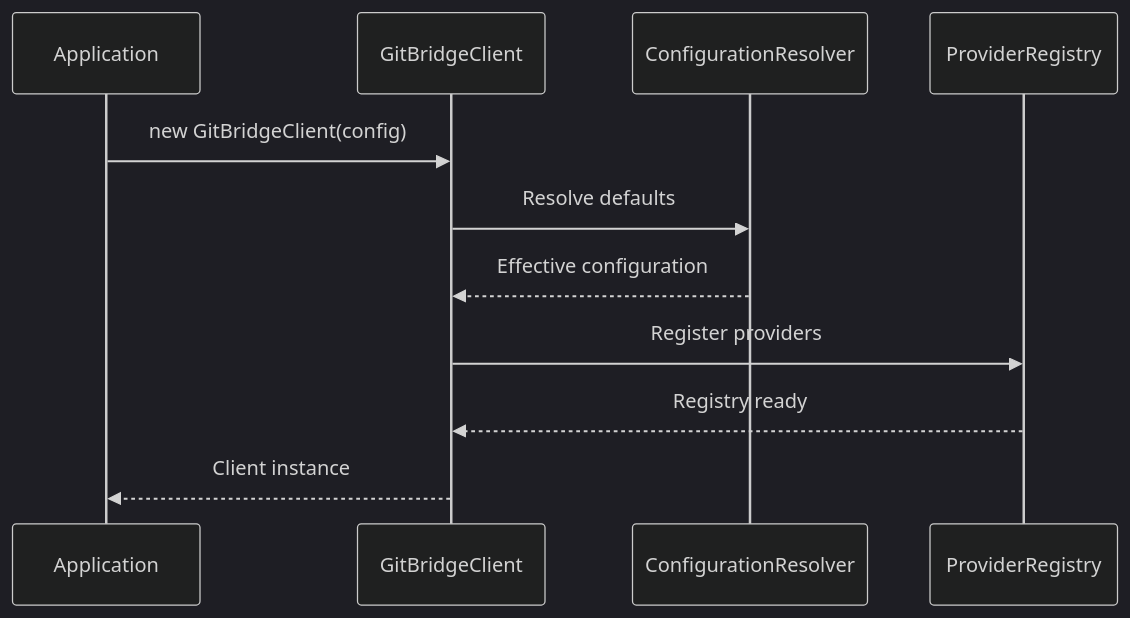
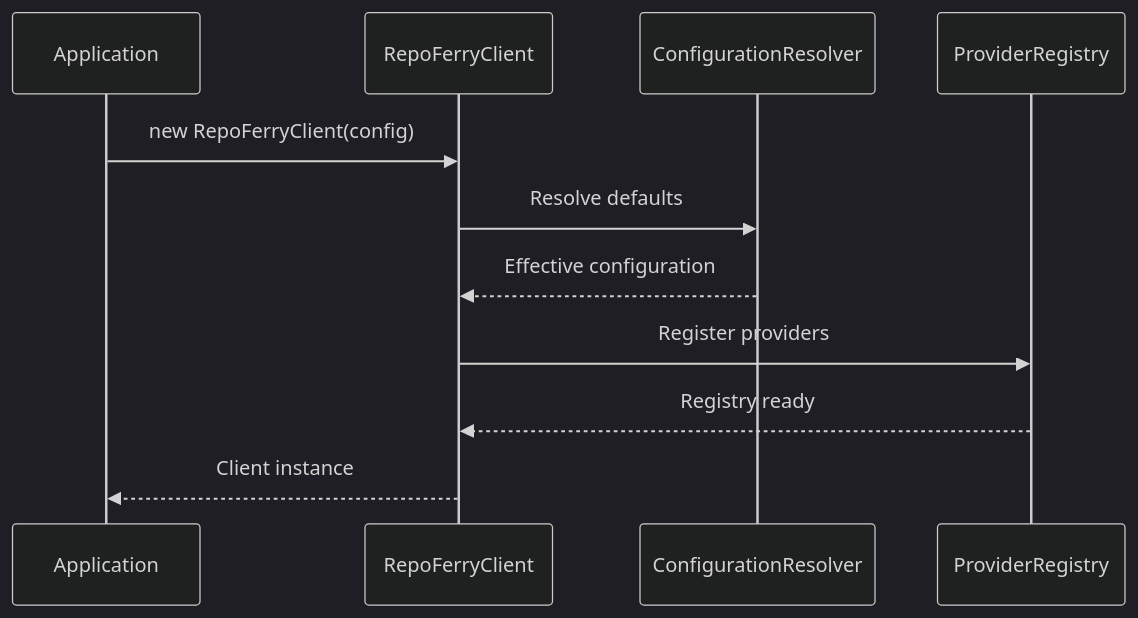
Before and after one commit to mriduldey/git-bridge: the sixth of 10 diagrams in docs/architecture/adr/ADR-004.md, drawn with Mermaid (dark theme). The commit also changed other lines of this file and 119 other files, not shown here.

````diff
--- a/docs/architecture/adr/ADR-004.md
+++ b/docs/architecture/adr/ADR-004.md
@@ -752,15 +752,15 @@
 ```mermaid
 sequenceDiagram
 
-Application->>GitBridgeClient: new GitBridgeClient(config)
+Application->>RepoFerryClient: new RepoFerryClient(config)
 
-GitBridgeClient->>ConfigurationResolver: Resolve defaults
+RepoFerryClient->>ConfigurationResolver: Resolve defaults
 
-ConfigurationResolver-->>GitBridgeClient: Effective configuration
+ConfigurationResolver-->>RepoFerryClient: Effective configuration
 
-GitBridgeClient->>ProviderRegistry: Register providers
+RepoFerryClient->>ProviderRegistry: Register providers
 
-ProviderRegistry-->>GitBridgeClient: Registry ready
+ProviderRegistry-->>RepoFerryClient: Registry ready
 
-GitBridgeClient-->>Application: Client instance
+RepoFerryClient-->>Application: Client instance
 ```
````
